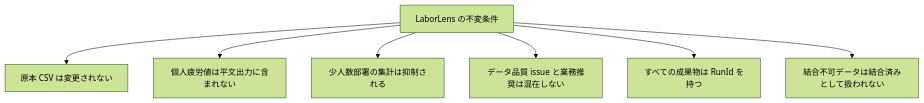
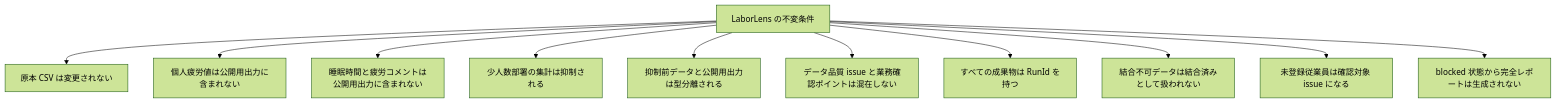
The second of 3 diagrams in docs/product/LEAN-SPEC-PLANNING.md (fumiya-data/labor-lens), drawn with Mermaid (forest theme) before and after one commit. The commit also changed other lines of this file and 14 other files, not shown here.

````diff
--- a/docs/product/LEAN-SPEC-PLANNING.md
+++ b/docs/product/LEAN-SPEC-PLANNING.md
@@ -71,10 +285,14 @@
 ```mermaid
 flowchart TD
     A[LaborLens の不変条件]
     A --> B[原本 CSV は変更されない]
-    A --> C[個人疲労値は平文出力に含まれない]
-    A --> D[少人数部署の集計は抑制される]
-    A --> E[データ品質 issue と業務推奨は混在しない]
-    A --> F[すべての成果物は RunId を持つ]
-    A --> G[結合不可データは結合済みとして扱われない]
+    A --> C[個人疲労値は公開用出力に含まれない]
+    A --> D[睡眠時間と疲労コメントは公開用出力に含まれない]
+    A --> E[少人数部署の集計は抑制される]
+    A --> F[抑制前データと公開用出力は型分離される]
+    A --> G[データ品質 issue と業務確認ポイントは混在しない]
+    A --> H[すべての成果物は RunId を持つ]
+    A --> I[結合不可データは結合済みとして扱われない]
+    A --> J[未登録従業員は確認対象 issue になる]
+    A --> K[blocked 状態から完全レポートは生成されない]
 ```
````
